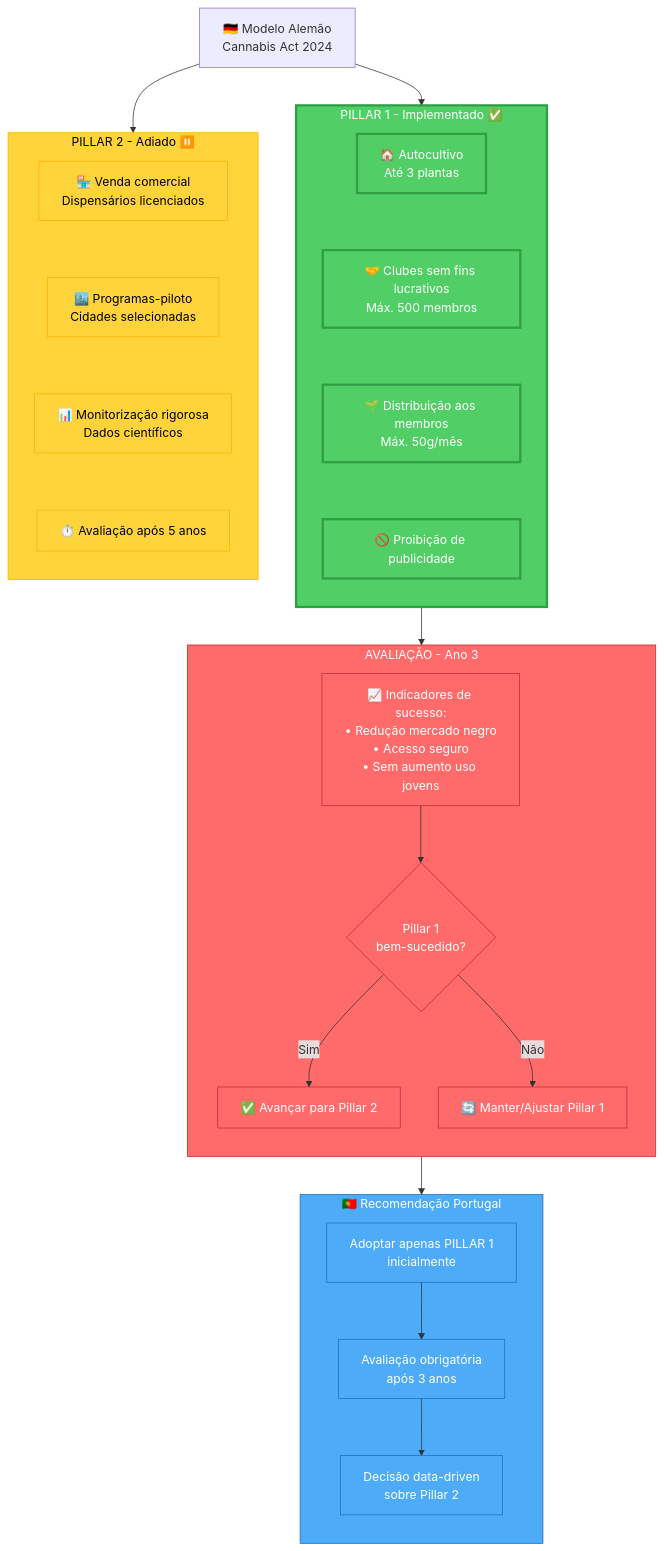
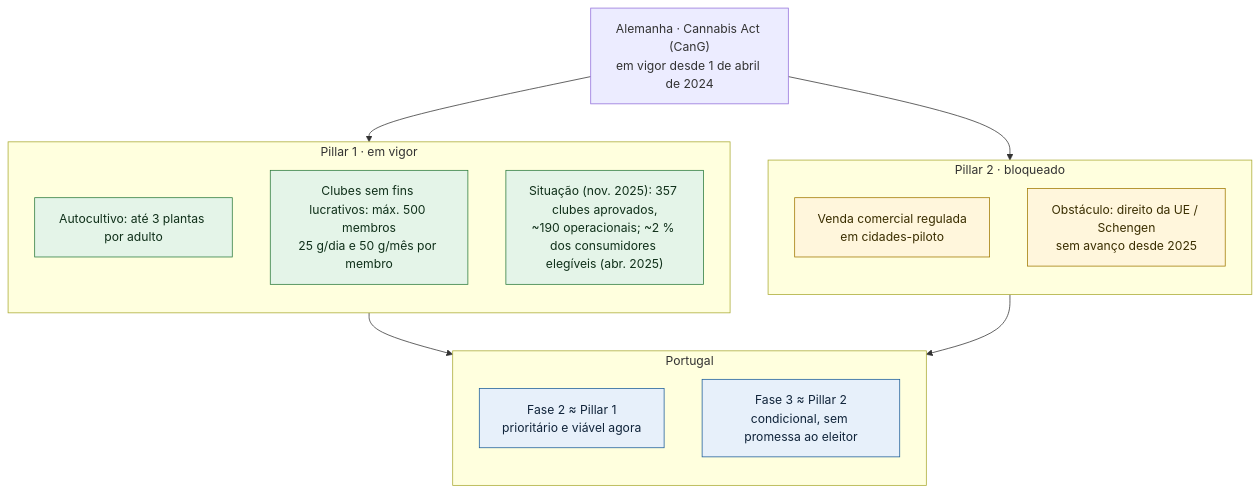
One commit to bcamarneiro/cannabis-legalization changed the diagram in assets/diagrams/modelo-alemao-pillars.mmd. Above: the diagram before and after it, drawn with Mermaid. The commit also changed 16 other files, not shown here.

First line of the commit message:
Redesenha os diagramas a partir dos capítulos e embebe-os

```diff
--- a/assets/diagrams/modelo-alemao-pillars.mmd
+++ b/assets/diagrams/modelo-alemao-pillars.mmd
@@ -1,58 +1,29 @@
-graph TD
-    start["🇩🇪 Modelo Alemão<br/>Cannabis Act 2024"]
+flowchart TB
+    DE["Alemanha · Cannabis Act (CanG)<br/>em vigor desde 1 de abril de 2024"]
+    subgraph S1["Pillar 1 · em vigor"]
+        direction TB
+        A1["Autocultivo: até 3 plantas por adulto"]
+        A2["Clubes sem fins lucrativos: máx. 500 membros<br/>25 g/dia e 50 g/mês por membro"]
+        A3["Situação (nov. 2025): 357 clubes aprovados,<br/>~190 operacionais; ~2 % dos consumidores elegíveis (abr. 2025)"]
+    end
+    subgraph S2["Pillar 2 · bloqueado"]
+        direction TB
+        B1["Venda comercial regulada<br/>em cidades-piloto"]
+        B2["Obstáculo: direito da UE / Schengen<br/>sem avanço desde 2025"]
+    end
+    subgraph PT["Portugal"]
+        direction TB
+        C1["Fase 2 ≈ Pillar 1<br/>prioritário e viável agora"]
+        C2["Fase 3 ≈ Pillar 2<br/>condicional, sem promessa ao eleitor"]
+    end
+    DE --> S1
+    DE --> S2
+    S1 --> C1
+    S2 --> C2
 
-    subgraph pillar1["PILLAR 1 - Implementado ✅"]
-        direction TB
-        P1A["🏠 Autocultivo<br/>Até 3 plantas"]
-        P1B["🤝 Clubes sem fins lucrativos<br/>Máx. 500 membros"]
-        P1C["🌱 Distribuição aos membros<br/>Máx. 50g/mês"]
-        P1D["🚫 Proibição de publicidade"]
-
-        P1A ~~~ P1B ~~~ P1C ~~~ P1D
-    end
-
-    subgraph pillar2["PILLAR 2 - Adiado ⏸️"]
-        direction TB
-        P2A["🏪 Venda comercial<br/>Dispensários licenciados"]
-        P2B["🏙️ Programas-piloto<br/>Cidades selecionadas"]
-        P2C["📊 Monitorização rigorosa<br/>Dados científicos"]
-        P2D["⏱️ Avaliação após 5 anos"]
-
-        P2A ~~~ P2B ~~~ P2C ~~~ P2D
-    end
-
-    subgraph avaliacao["AVALIAÇÃO - Ano 3"]
-        direction TB
-        A1["📈 Indicadores de sucesso:<br/>• Redução mercado negro<br/>• Acesso seguro<br/>• Sem aumento uso jovens"]
-        A2{"Pillar 1<br/>bem-sucedido?"}
-        A3["✅ Avançar para Pillar 2"]
-        A4["🔄 Manter/Ajustar Pillar 1"]
-
-        A1 --> A2
-        A2 -->|Sim| A3
-        A2 -->|Não| A4
-    end
-
-    subgraph portugal["🇵🇹 Recomendação Portugal"]
-        direction TB
-        R1["Adoptar apenas PILLAR 1<br/>inicialmente"]
-        R2["Avaliação obrigatória<br/>após 3 anos"]
-        R3["Decisão data-driven<br/>sobre Pillar 2"]
-
-        R1 --> R2 --> R3
-    end
-
-    start --> pillar1
-    start --> pillar2
-    pillar1 --> avaliacao
-    avaliacao --> portugal
-
-    classDef implemented fill:#51cf66,stroke:#2f9e44,color:#fff,stroke-width:3px
-    classDef postponed fill:#ffd43b,stroke:#fab005,color:#000
-    classDef decision fill:#ff6b6b,stroke:#c92a2a,color:#fff
-    classDef recommend fill:#4dabf7,stroke:#1971c2,color:#fff
-
-    class pillar1,P1A,P1B,P1C,P1D implemented
-    class pillar2,P2A,P2B,P2C,P2D postponed
-    class avaliacao,A1,A2,A3,A4 decision
-    class portugal,R1,R2,R3 recommend
+    classDef ok fill:#e4f4e8,stroke:#2b7a3d,color:#10301a
+    classDef blocked fill:#fff6dc,stroke:#a07800,color:#3a2e00
+    classDef pt fill:#e7f0fa,stroke:#1c5d99,color:#10243a
+    class A1,A2,A3 ok
+    class B1,B2 blocked
+    class C1,C2 pt
```
